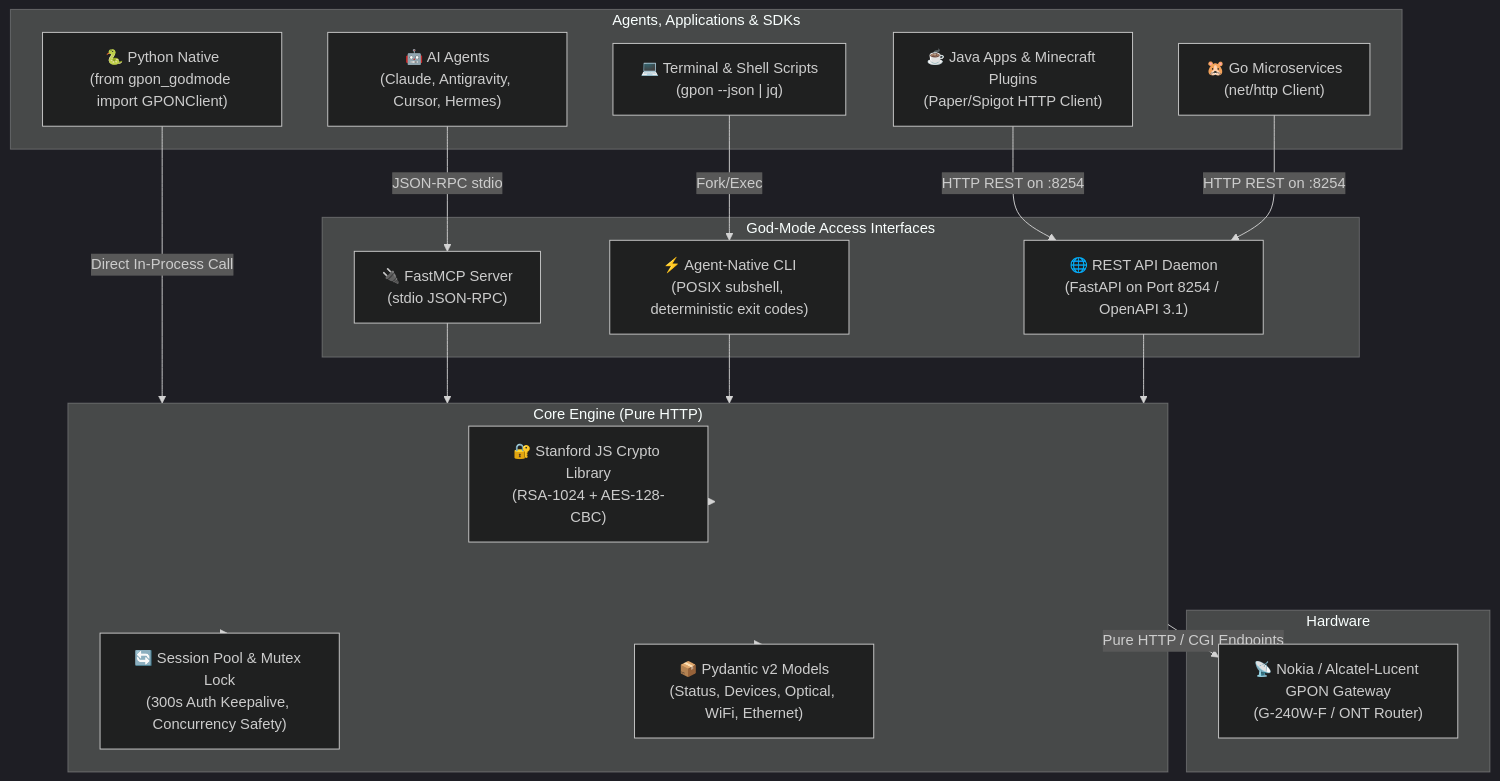
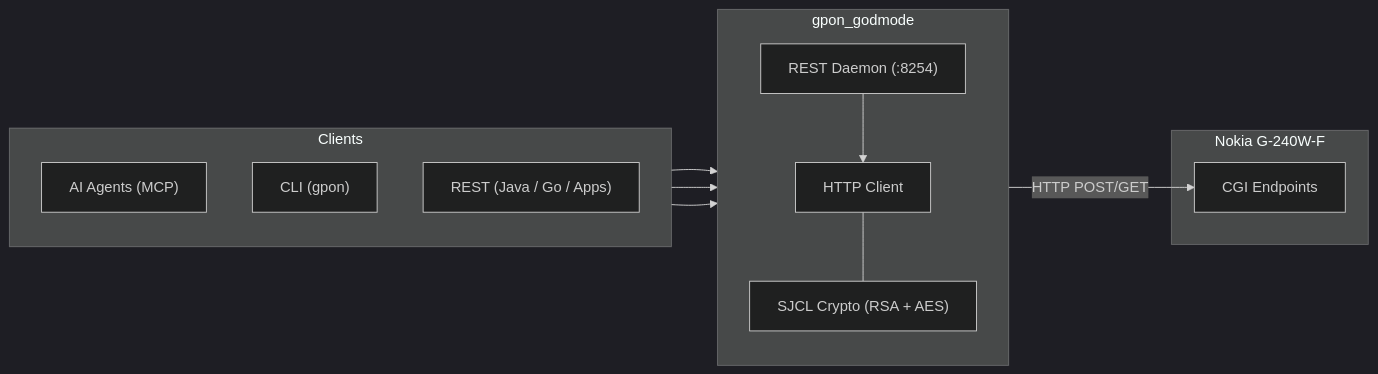
One commit to bsiamer/gpon-godmode changed the diagram in README.md. Above: the diagram before and after it, drawn with Mermaid (dark theme). The commit also changed other lines of this file and 3 other files, not shown here.

````diff
--- a/README.md
+++ b/README.md
@@ -19,42 +7,26 @@
 ```mermaid
-flowchart TD
-    subgraph Consumers["Agents, Applications & SDKs"]
-        Agent["🤖 AI Agents<br/>(Claude, Antigravity, Cursor, Hermes)"]
-        CLI_User["💻 Terminal & Shell Scripts<br/>(gpon --json | jq)"]
-        Java_App["☕ Java Apps & Minecraft Plugins<br/>(Paper/Spigot HTTP Client)"]
-        Go_App["🐹 Go Microservices<br/>(net/http Client)"]
-        Py_App["🐍 Python Native<br/>(from gpon_godmode import GPONClient)"]
+flowchart LR
+    subgraph Clients["Clients"]
+        direction TB
+        Agent["AI Agents (MCP)"]
+        CLI["CLI (gpon)"]
+        API["REST (Java / Go / Apps)"]
     end
 
-    subgraph Interfaces["God-Mode Access Interfaces"]
-        MCP_Server["🔌 FastMCP Server<br/>(stdio JSON-RPC)"]
-        CLI_Engine["⚡ Agent-Native CLI<br/>(POSIX subshell, deterministic exit codes)"]
-        REST_Daemon["🌐 REST API Daemon<br/>(FastAPI on Port 8254 / OpenAPI 3.1)"]
+    subgraph Core["gpon_godmode"]
+        direction TB
+        Engine["HTTP Client"]
+        Crypto["SJCL Crypto (RSA + AES)"]
+        Daemon["REST Daemon (:8254)"]
+        Engine --- Crypto
     end
 
-    subgraph CoreEngine["Core Engine (Pure HTTP)"]
-        SJCL["🔐 Stanford JS Crypto Library<br/>(RSA-1024 + AES-128-CBC)"]
-        SessionPool["🔄 Session Pool & Mutex Lock<br/>(300s Auth Keepalive, Concurrency Safety)"]
-        TypedModels["📦 Pydantic v2 Models<br/>(Status, Devices, Optical, WiFi, Ethernet)"]
+    subgraph Router["Nokia G-240W-F"]
+        CGI["CGI Endpoints"]
     end
 
-    subgraph Target["Hardware"]
-        Gateway["📡 Nokia / Alcatel-Lucent GPON Gateway<br/>(G-240W-F / ONT Router)"]
-    end
-
-    Agent -->|JSON-RPC stdio| MCP_Server
-    CLI_User -->|Fork/Exec| CLI_Engine
-    Java_App -->|HTTP REST on :8254| REST_Daemon
-    Go_App -->|HTTP REST on :8254| REST_Daemon
-    Py_App -->|Direct In-Process Call| CoreEngine
-
-    MCP_Server --> CoreEngine
-    CLI_Engine --> CoreEngine
-    REST_Daemon --> CoreEngine
-
-    CoreEngine --> SJCL
-    CoreEngine --> SessionPool
-    CoreEngine --> TypedModels
-
-    CoreEngine -->|Pure HTTP / CGI Endpoints| Gateway
+    Agent --> Core
+    CLI --> Core
+    API --> Daemon --> Engine
+    Engine -->|HTTP POST/GET| CGI
 ```
````
